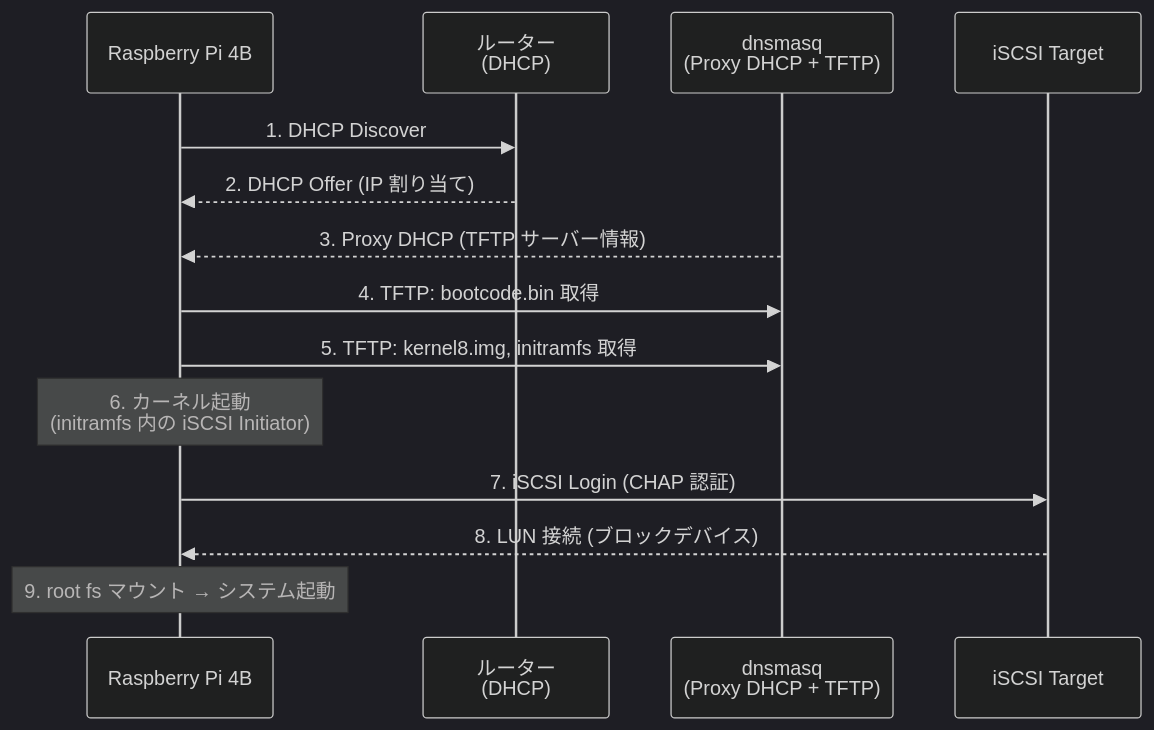
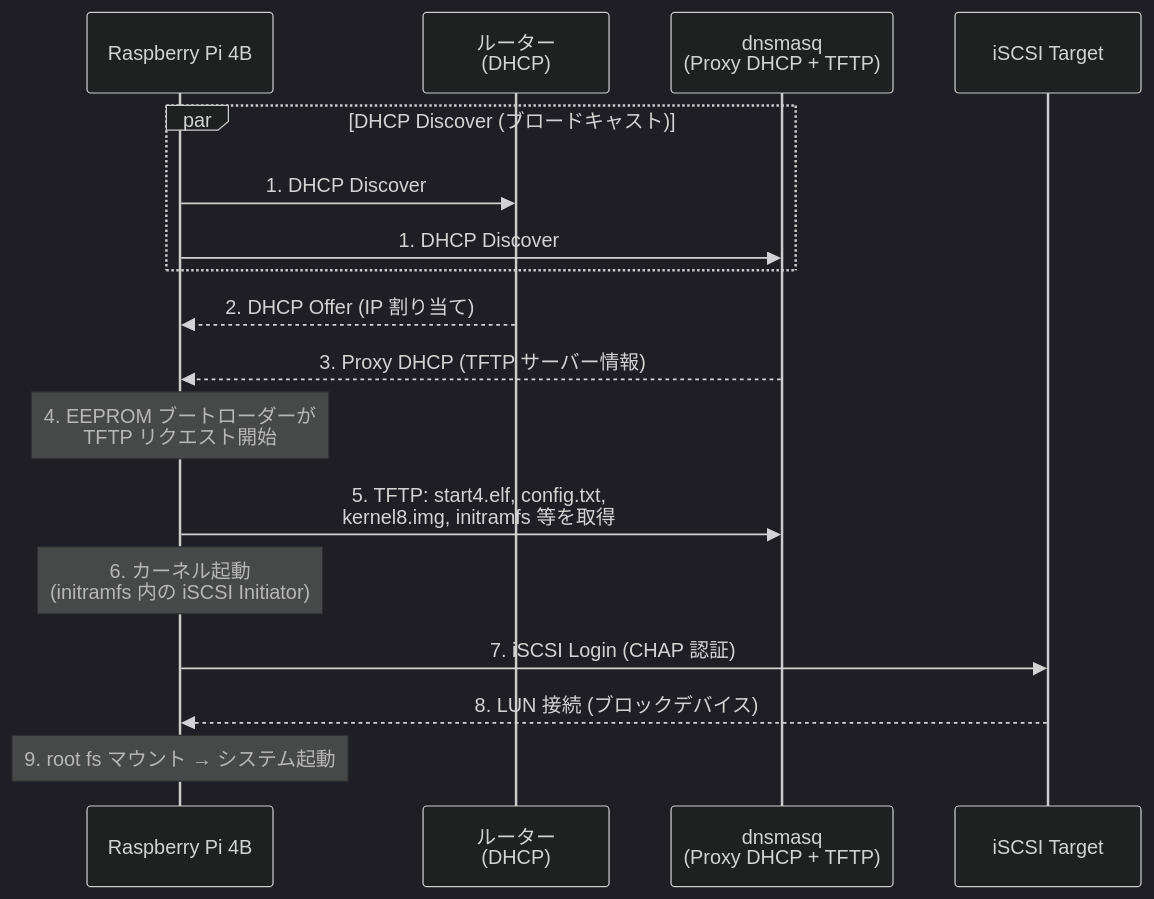
One commit to korosuke613/zenn-articles changed the third of 3 diagrams in articles/raspberry-pi-pxe-iscsi-boot.md. Above: the diagram before and after it, drawn with Mermaid (dark theme). The commit also changed other lines of this file and 5 other files, not shown here.

````diff
--- a/articles/raspberry-pi-pxe-iscsi-boot.md
+++ b/articles/raspberry-pi-pxe-iscsi-boot.md
@@ -124,17 +132,20 @@
 ```mermaid
 sequenceDiagram
     participant Pi as Raspberry Pi 4B
     participant Router as ルーター<br/>(DHCP)
     participant dnsmasq as dnsmasq<br/>(Proxy DHCP + TFTP)
     participant iSCSI as iSCSI Target
 
-    Pi->>Router: 1. DHCP Discover
+    par DHCP Discover (ブロードキャスト)
+        Pi->>Router: 1. DHCP Discover
+        Pi->>dnsmasq: 1. DHCP Discover
+    end
     Router-->>Pi: 2. DHCP Offer (IP 割り当て)
     dnsmasq-->>Pi: 3. Proxy DHCP (TFTP サーバー情報)
-    Pi->>dnsmasq: 4. TFTP: bootcode.bin 取得
-    Pi->>dnsmasq: 5. TFTP: kernel8.img, initramfs 取得
+    Note over Pi: 4. EEPROM ブートローダーが<br/>TFTP リクエスト開始
+    Pi->>dnsmasq: 5. TFTP: start4.elf, config.txt,<br/>kernel8.img, initramfs 等を取得
     Note over Pi: 6. カーネル起動<br/>(initramfs 内の iSCSI Initiator)
     Pi->>iSCSI: 7. iSCSI Login (CHAP 認証)
     iSCSI-->>Pi: 8. LUN 接続 (ブロックデバイス)
     Note over Pi: 9. root fs マウント → システム起動
 ```
````
